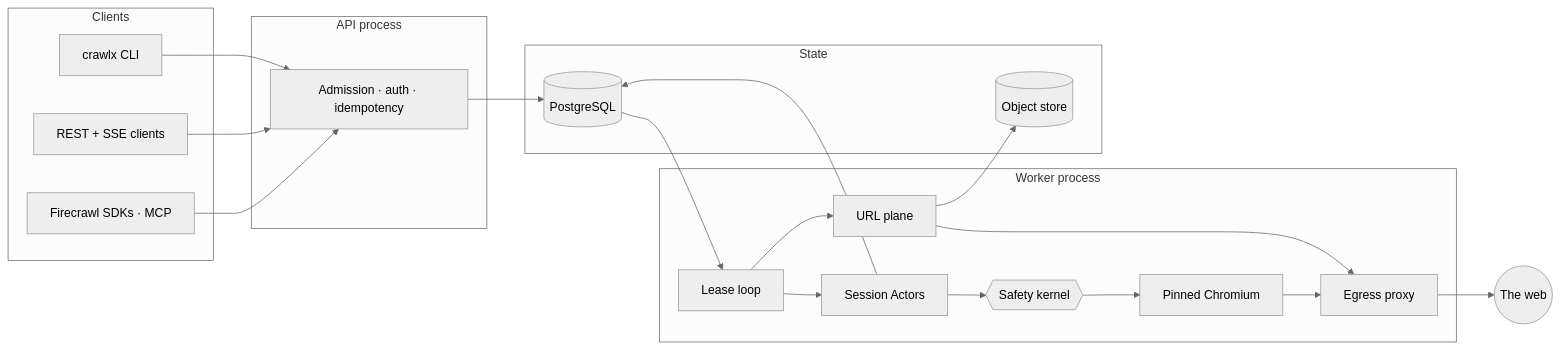
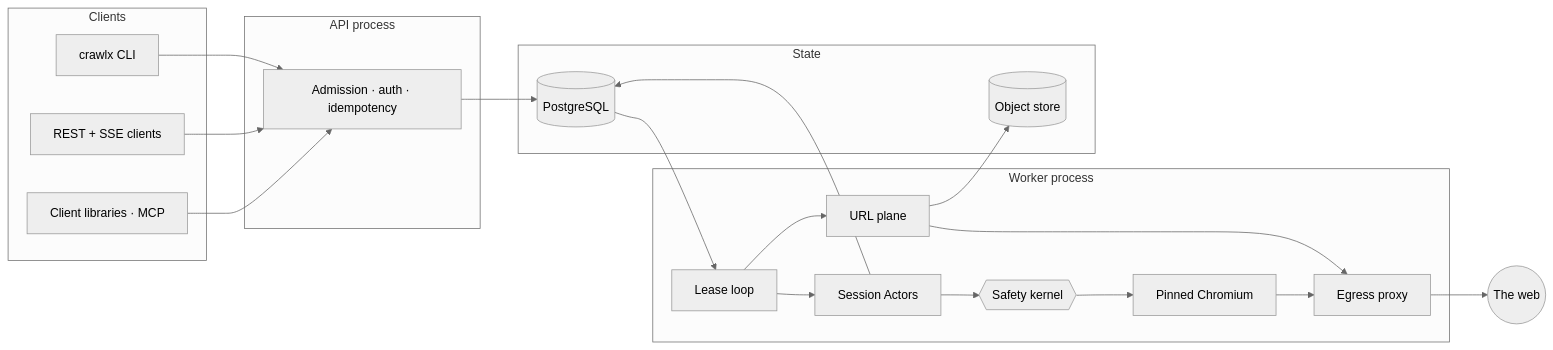
Before and after one commit to noxred-research/crawlx: the diagram in README.md, drawn with Mermaid (neutral theme). The commit also changed other lines of this file and 503 other files, not shown here.

````diff
--- a/README.md
+++ b/README.md
@@ -332,38 +332,38 @@
 ```mermaid
 flowchart LR
     subgraph C["Clients"]
         CLI["crawlx CLI"]
         REST["REST + SSE clients"]
-        SDK["Firecrawl SDKs · MCP"]
+        SDK["Client libraries · MCP"]
     end
     subgraph A["API process"]
         ADM["Admission · auth · idempotency"]
     end
     subgraph W["Worker process"]
         LEASE["Lease loop"]
         URLP["URL plane"]
         ACT["Session Actors"]
         SAFE{{"Safety kernel"}}
         PROXY["Egress proxy"]
         CHR["Pinned Chromium"]
     end
     subgraph S["State"]
         PG[("PostgreSQL")]
         OBJ[("Object store")]
     end
     WEB(("The web"))
     CLI --> ADM
     REST --> ADM
     SDK --> ADM
     ADM --> PG
     PG --> LEASE
     LEASE --> URLP
     LEASE --> ACT
     ACT --> SAFE
     SAFE --> CHR
     URLP --> PROXY
     CHR --> PROXY
     PROXY --> WEB
     ACT --> PG
     URLP --> OBJ
 ```
````
